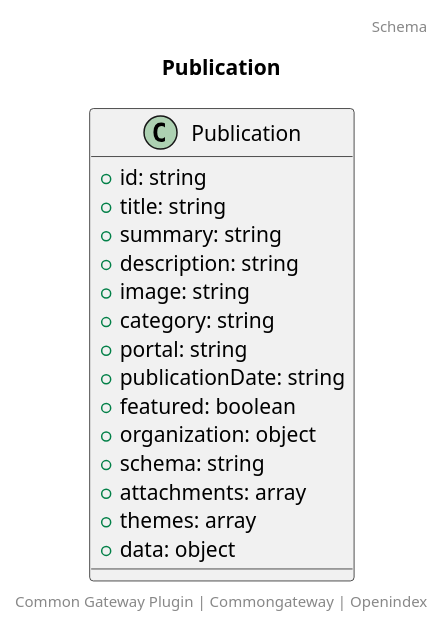
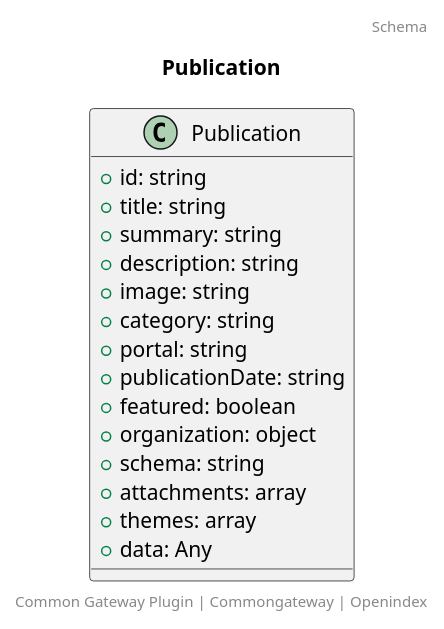
One commit to CommonGateway/OpenIndex changed the diagram in docs/schema/Publication.puml. Above: the diagram before and after it, drawn with PlantUML. The commit also changed 2 other files, not shown here.

```diff
--- a/docs/schema/Publication.puml
+++ b/docs/schema/Publication.puml
@@ -1,22 +1,22 @@
 @startuml
 title: Publication
 footer: Common Gateway Plugin | Commongateway | Openindex 
 header: Schema
 
 class Publication {
   + id: string
   + title: string
   + summary: string
   + description: string
   + image: string
   + category: string
   + portal: string
   + publicationDate: string
   + featured: boolean
   + organization: object
   + schema: string
   + attachments: array
   + themes: array
-  + data: object
+  + data: Any
 }
 @enduml
```
